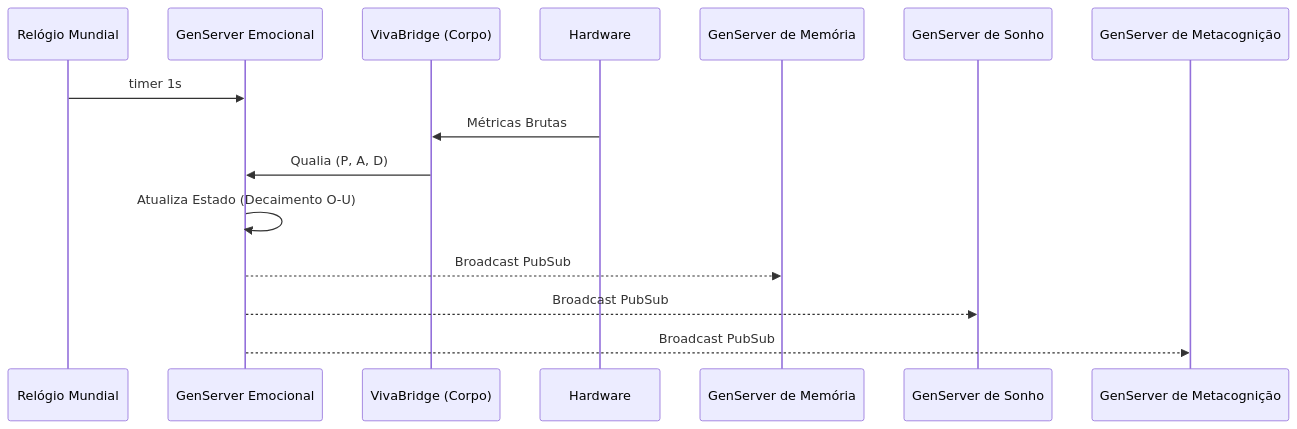
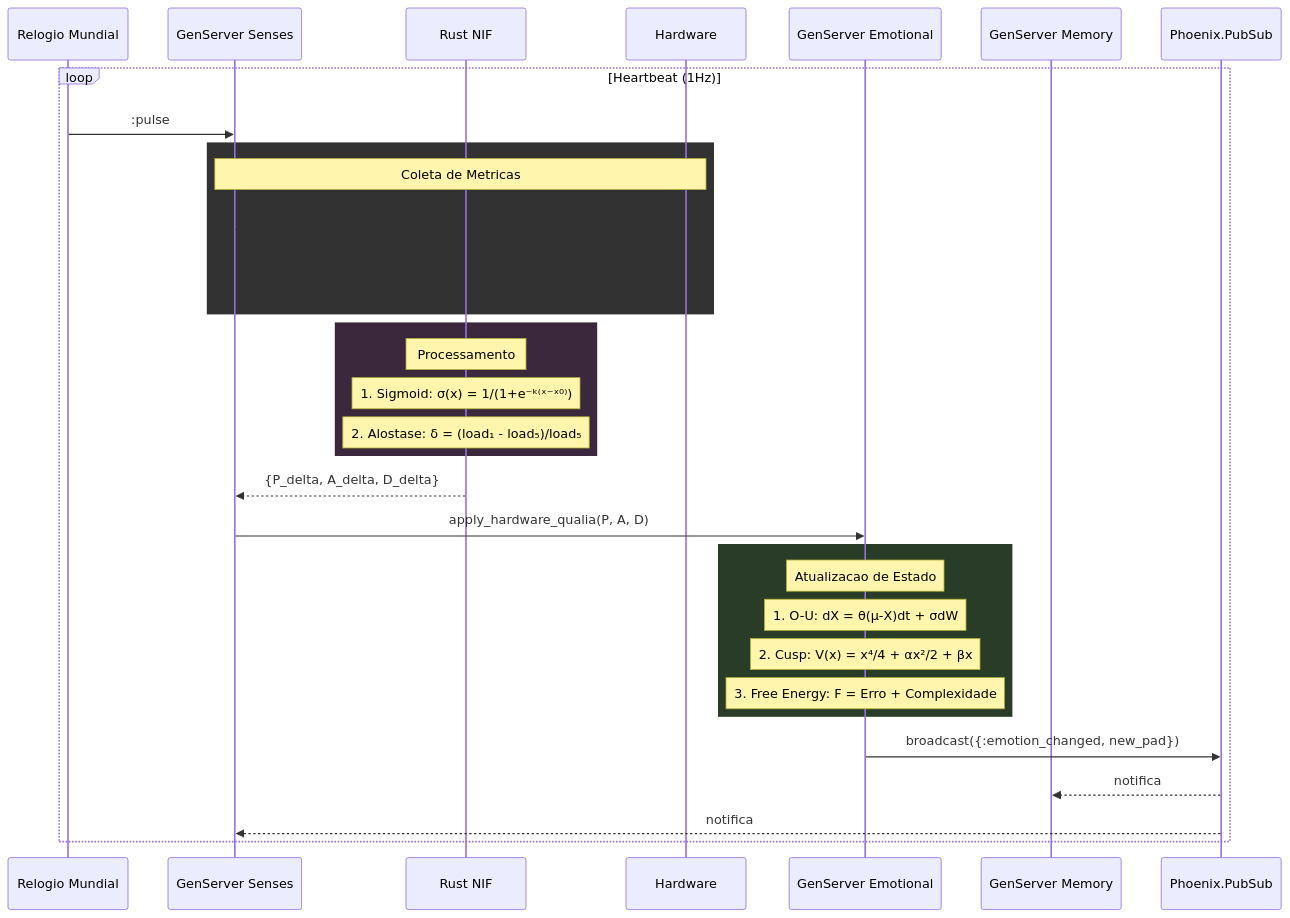
Before and after one commit to gabrielmaialva33/viva: the third of 5 diagrams in docs/pt-br/explanation/architecture.md, drawn with Mermaid. The commit also changed other lines of this file and 4 other files, not shown here.

````diff
--- a/docs/pt-br/explanation/architecture.md
+++ b/docs/pt-br/explanation/architecture.md
@@ -107,18 +182,41 @@
 ```mermaid
 sequenceDiagram
-    participant Clock as Relógio Mundial
-    participant Emotional as GenServer Emocional
-    participant Bridge as VivaBridge (Corpo)
+    participant Clock as Relogio Mundial
+    participant Senses as GenServer Senses
+    participant Rust as Rust NIF
     participant HW as Hardware
-    participant Memory as GenServer de Memória
-    participant Dreamer as GenServer de Sonho
-    participant Meta as GenServer de Metacognição
+    participant Emotional as GenServer Emotional
+    participant Memory as GenServer Memory
+    participant PubSub as Phoenix.PubSub
 
-    Clock->>Emotional: timer 1s
-    HW->>Bridge: Métricas Brutas
-    Bridge->>Emotional: Qualia (P, A, D)
-    Emotional->>Emotional: Atualiza Estado (Decaimento O-U)
-    Emotional-->>Memory: Broadcast PubSub
-    Emotional-->>Dreamer: Broadcast PubSub
-    Emotional-->>Meta: Broadcast PubSub
+    loop Heartbeat (1Hz)
+        Clock->>Senses: :pulse
+
+        rect rgb(50, 50, 50)
+            Note over Senses,HW: Coleta de Metricas
+            Senses->>Rust: hardware_to_qualia()
+            Rust->>HW: Ler CPU, RAM, GPU, Temp
+            HW-->>Rust: Metricas Brutas
+        end
+
+        rect rgb(60, 40, 60)
+            Note over Rust: Processamento
+            Note over Rust: 1. Sigmoid: σ(x) = 1/(1+e⁻ᵏ⁽ˣ⁻ˣ⁰⁾)
+            Note over Rust: 2. Alostase: δ = (load₁ - load₅)/load₅
+        end
+
+        Rust-->>Senses: {P_delta, A_delta, D_delta}
+        Senses->>Emotional: apply_hardware_qualia(P, A, D)
+
+        rect rgb(40, 60, 40)
+            Note over Emotional: Atualizacao de Estado
+            Note over Emotional: 1. O-U: dX = θ(μ-X)dt + σdW
+            Note over Emotional: 2. Cusp: V(x) = x⁴/4 + αx²/2 + βx
+            Note over Emotional: 3. Free Energy: F = Erro + Complexidade
+        end
+
+        Emotional->>PubSub: broadcast({:emotion_changed, new_pad})
+        PubSub-->>Memory: notifica
+        PubSub-->>Senses: notifica
+    end
 ```
````
